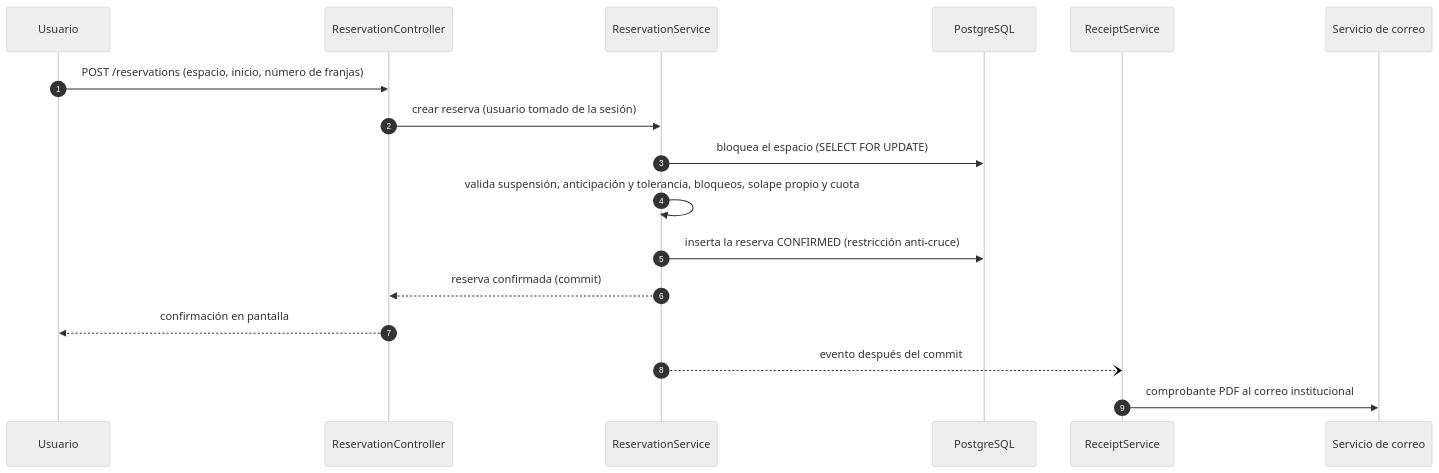
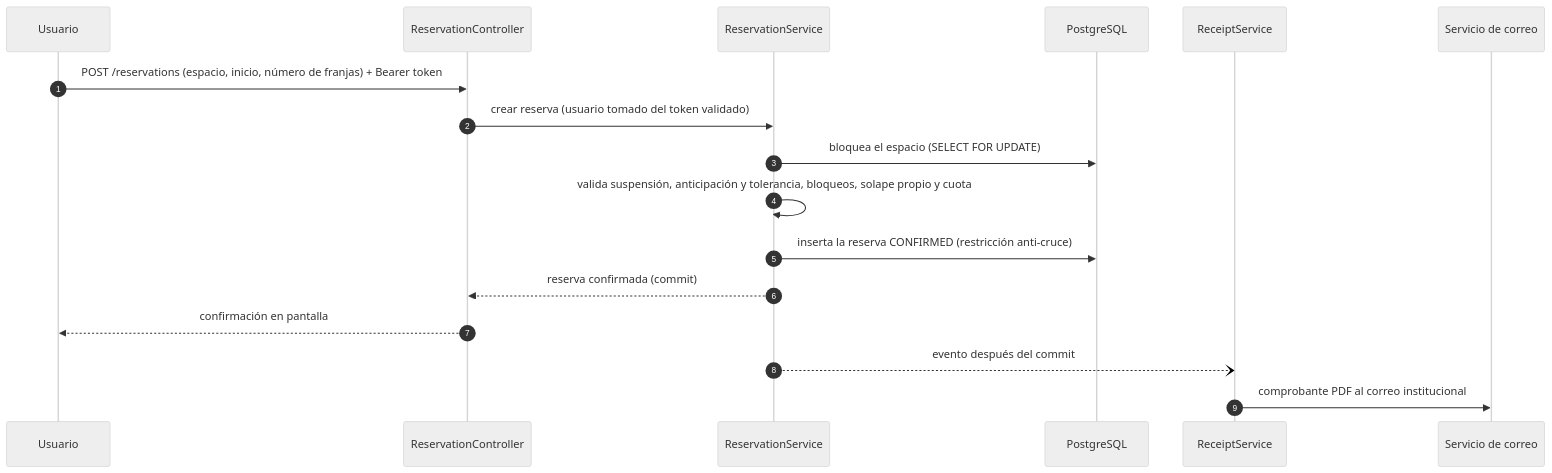
The third of 5 diagrams in docs/techincal-plan/plan-general.md (SebasTK2008/Unimag-Deportes), drawn with Mermaid (neutral theme) before and after one commit. The commit also changed other lines of this file, not shown here.

````diff
--- a/docs/techincal-plan/plan-general.md
+++ b/docs/techincal-plan/plan-general.md
@@ -323,20 +312,20 @@
 ```mermaid
 sequenceDiagram
   autonumber
   participant U as Usuario
   participant C as ReservationController
   participant S as ReservationService
   participant DB as PostgreSQL
   participant R as ReceiptService
   participant M as Servicio de correo
 
-  U->>C: POST /reservations (espacio, inicio, número de franjas)
-  C->>S: crear reserva (usuario tomado de la sesión)
+  U->>C: POST /reservations (espacio, inicio, número de franjas) + Bearer token
+  C->>S: crear reserva (usuario tomado del token validado)
   S->>DB: bloquea el espacio (SELECT FOR UPDATE)
   S->>S: valida suspensión, anticipación y tolerancia, bloqueos, solape propio y cuota
   S->>DB: inserta la reserva CONFIRMED (restricción anti-cruce)
   S-->>C: reserva confirmada (commit)
   C-->>U: confirmación en pantalla
   S--)R: evento después del commit
   R->>M: comprobante PDF al correo institucional
 ```
````
